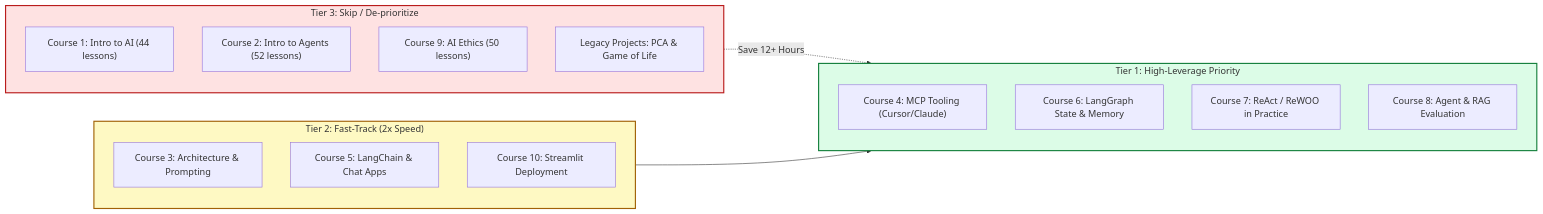
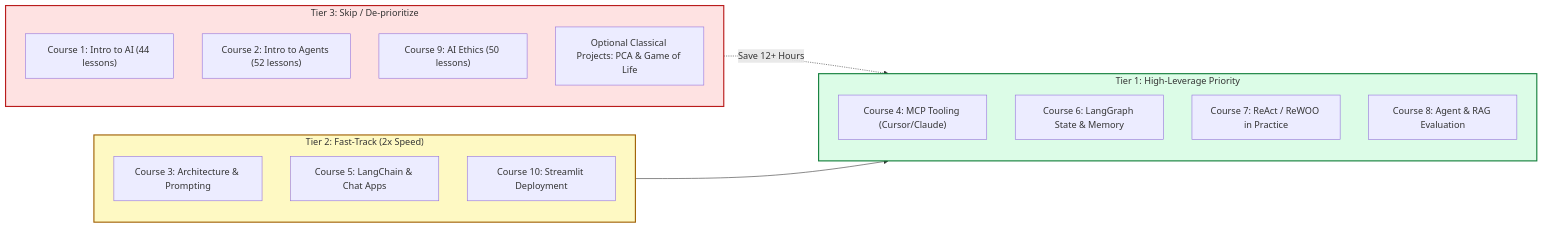
Before and after one commit to akillness/akillness.github.io: the second of 2 diagrams in _posts/2026-11-08-365-data-science-ai-agent-curriculum-audit.md, drawn with Mermaid. The commit also changed other lines of this file, not shown here.

````diff
--- a/_posts/2026-11-08-365-data-science-ai-agent-curriculum-audit.md
+++ b/_posts/2026-11-08-365-data-science-ai-agent-curriculum-audit.md
@@ -131,29 +142,29 @@
 ```mermaid
 flowchart LR
     subgraph Skip ["Tier 3: Skip / De-prioritize"]
         S1["Course 1: Intro to AI (44 lessons)"]
         S2["Course 2: Intro to Agents (52 lessons)"]
         S9["Course 9: AI Ethics (50 lessons)"]
-        SP["Legacy Projects: PCA & Game of Life"]
+        SP["Optional Classical Projects: PCA & Game of Life"]
     end
 
     subgraph FastTrack ["Tier 2: Fast-Track (2x Speed)"]
         F3["Course 3: Architecture & Prompting"]
         F5["Course 5: LangChain & Chat Apps"]
         F10["Course 10: Streamlit Deployment"]
     end
 
     subgraph MustComplete ["Tier 1: High-Leverage Priority"]
         M4["Course 4: MCP Tooling (Cursor/Claude)"]
         M6["Course 6: LangGraph State & Memory"]
         M7["Course 7: ReAct / ReWOO in Practice"]
         M8["Course 8: Agent & RAG Evaluation"]
     end
 
     Skip -.->|Save 12+ Hours| MustComplete
     FastTrack --> MustComplete
 
     style MustComplete fill:#dcfce7,stroke:#15803d,stroke-width:2px
     style FastTrack fill:#fef9c3,stroke:#a16207,stroke-width:2px
     style Skip fill:#fee2e2,stroke:#b91c1c,stroke-width:2px
 ```
````
